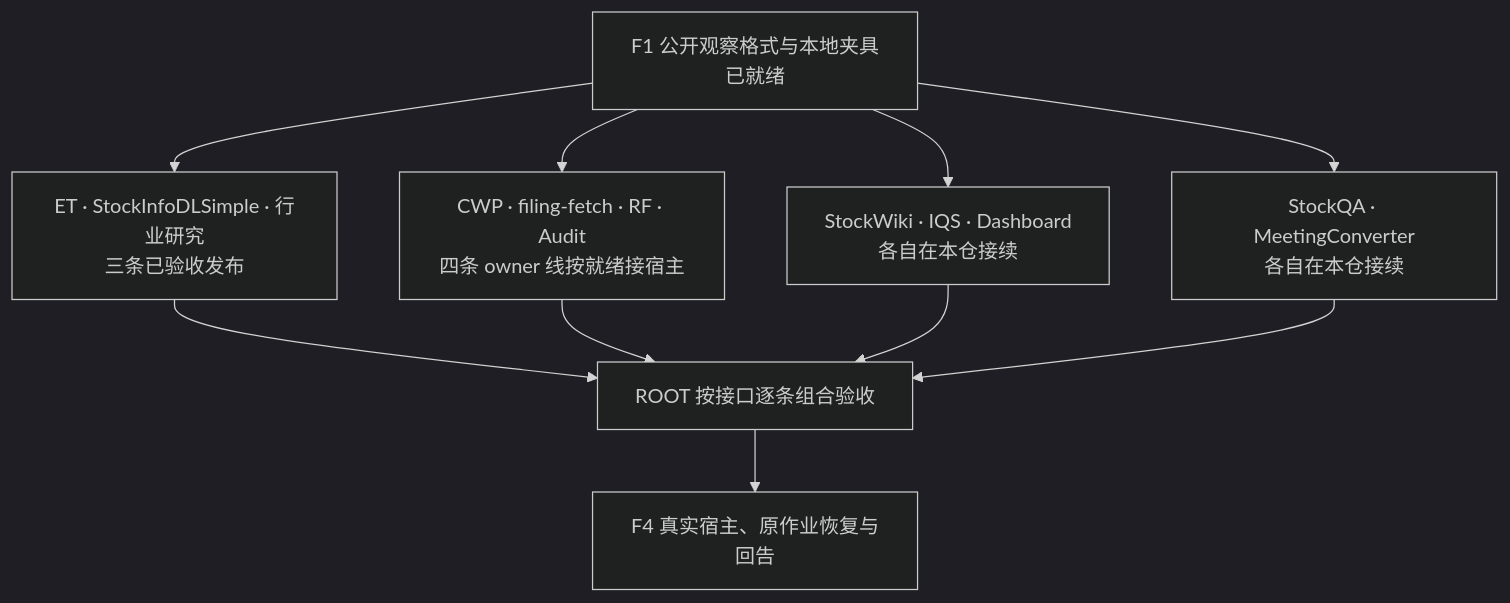
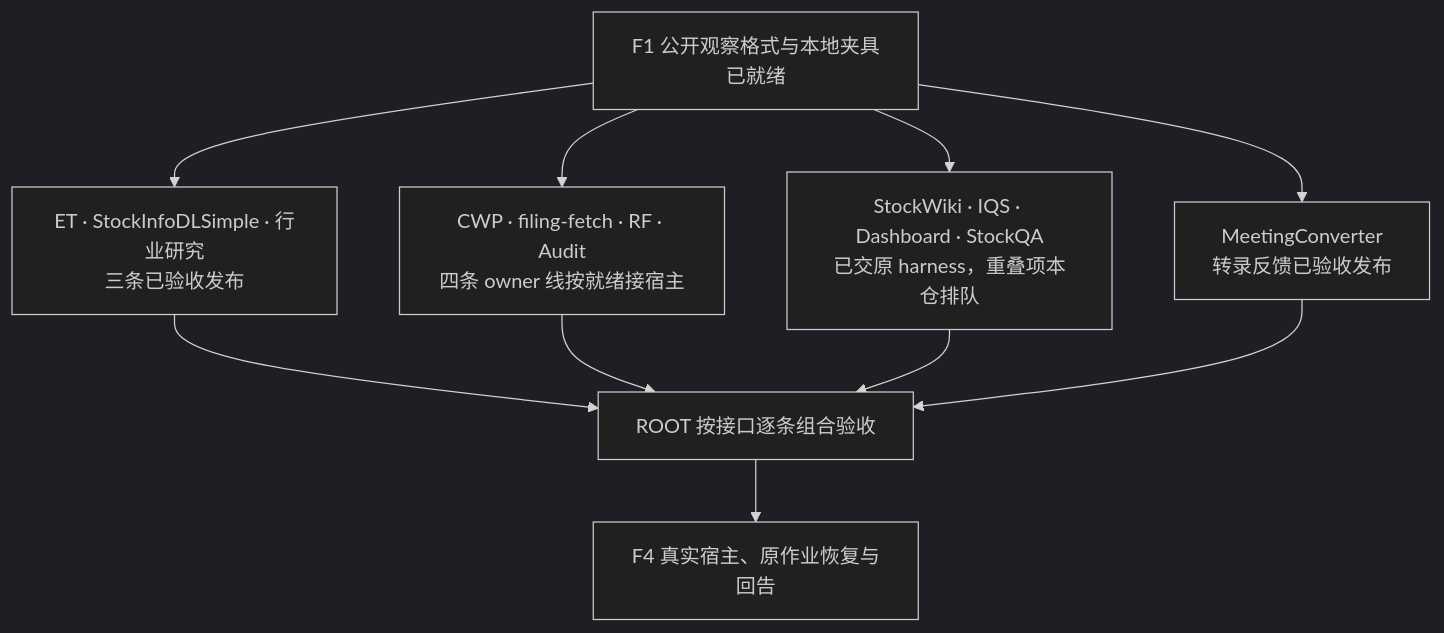
Before and after one commit to zhengcb81/company-wiki: the diagram in docs/plans/feedback-loop-2026-11-17/f2-roadmap.md, drawn with Mermaid (dark theme). The commit also changed other lines of this file and 9 other files, not shown here.

````diff
--- a/docs/plans/feedback-loop-2026-11-17/f2-roadmap.md
+++ b/docs/plans/feedback-loop-2026-11-17/f2-roadmap.md
@@ -5,13 +5,13 @@
 ```mermaid
 flowchart TD
     I["F1 公开观察格式与本地夹具已就绪"]
     I --> A["ET · StockInfoDLSimple · 行业研究<br/>三条已验收发布"]
     I --> B["CWP · filing-fetch · RF · Audit<br/>四条 owner 线按就绪接宿主"]
-    I --> C["StockWiki · IQS · Dashboard<br/>各自在本仓接续"]
-    I --> D["StockQA · MeetingConverter<br/>各自在本仓接续"]
+    I --> C["StockWiki · IQS · Dashboard · StockQA<br/>已交原 harness，重叠项本仓排队"]
+    I --> D["MeetingConverter<br/>转录反馈已验收发布"]
     A --> J["ROOT 按接口逐条组合验收"]
     B --> J
     C --> J
     D --> J
     J --> L["F4 真实宿主、原作业恢复与回告"]
 ```
````
